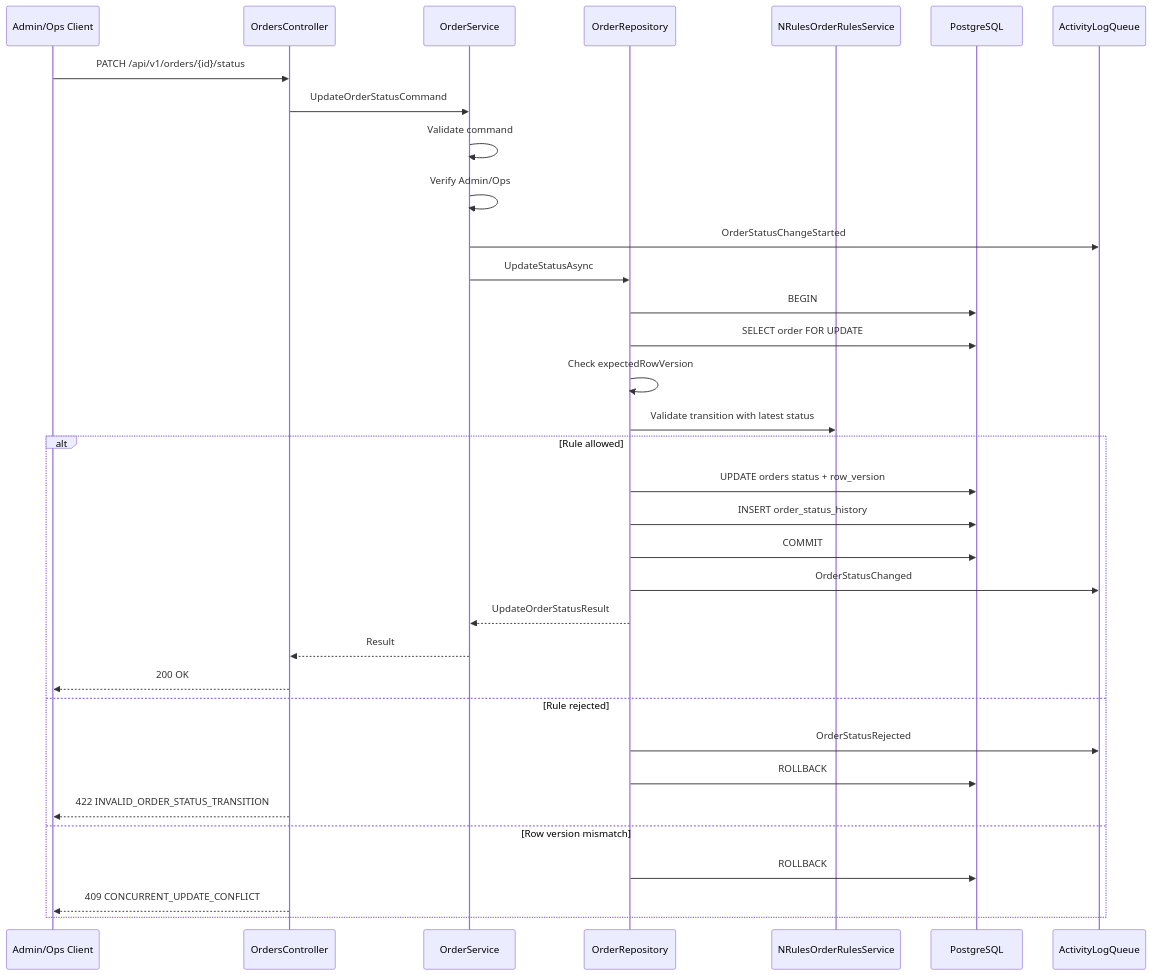
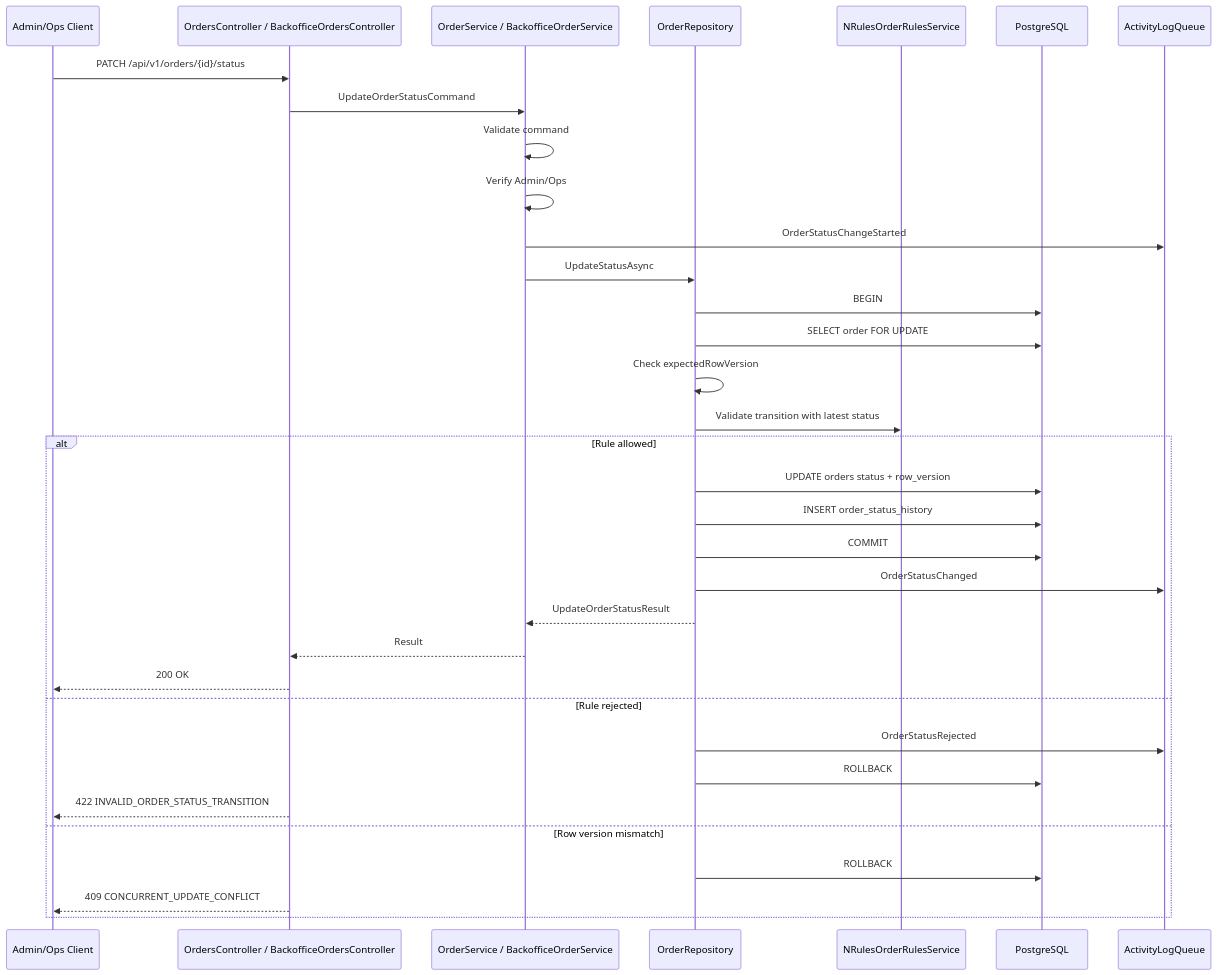
One commit to chesterit21/order-management-poc changed the ninth of 16 diagrams in docs/architecture-diagram.md. Above: the diagram before and after it, drawn with Mermaid. The commit also changed other lines of this file and 10 other files, not shown here.

````diff
--- a/docs/architecture-diagram.md
+++ b/docs/architecture-diagram.md
@@ -474,38 +610,38 @@
 ```mermaid
 sequenceDiagram
     participant Client as Admin/Ops Client
-    participant Controller as OrdersController
-    participant Service as OrderService
+    participant Controller as OrdersController / BackofficeOrdersController
+    participant Service as OrderService / BackofficeOrderService
     participant Repo as OrderRepository
     participant Rules as NRulesOrderRulesService
     participant DB as PostgreSQL
     participant Log as ActivityLogQueue
 
     Client->>Controller: PATCH /api/v1/orders/{id}/status
     Controller->>Service: UpdateOrderStatusCommand
     Service->>Service: Validate command
     Service->>Service: Verify Admin/Ops
     Service->>Log: OrderStatusChangeStarted
     Service->>Repo: UpdateStatusAsync
     Repo->>DB: BEGIN
     Repo->>DB: SELECT order FOR UPDATE
     Repo->>Repo: Check expectedRowVersion
     Repo->>Rules: Validate transition with latest status
 
     alt Rule allowed
         Repo->>DB: UPDATE orders status + row_version
         Repo->>DB: INSERT order_status_history
         Repo->>DB: COMMIT
         Repo->>Log: OrderStatusChanged
         Repo-->>Service: UpdateOrderStatusResult
         Service-->>Controller: Result
         Controller-->>Client: 200 OK
     else Rule rejected
         Repo->>Log: OrderStatusRejected
         Repo->>DB: ROLLBACK
         Controller-->>Client: 422 INVALID_ORDER_STATUS_TRANSITION
     else Row version mismatch
         Repo->>DB: ROLLBACK
         Controller-->>Client: 409 CONCURRENT_UPDATE_CONFLICT
     end
 ```
````
